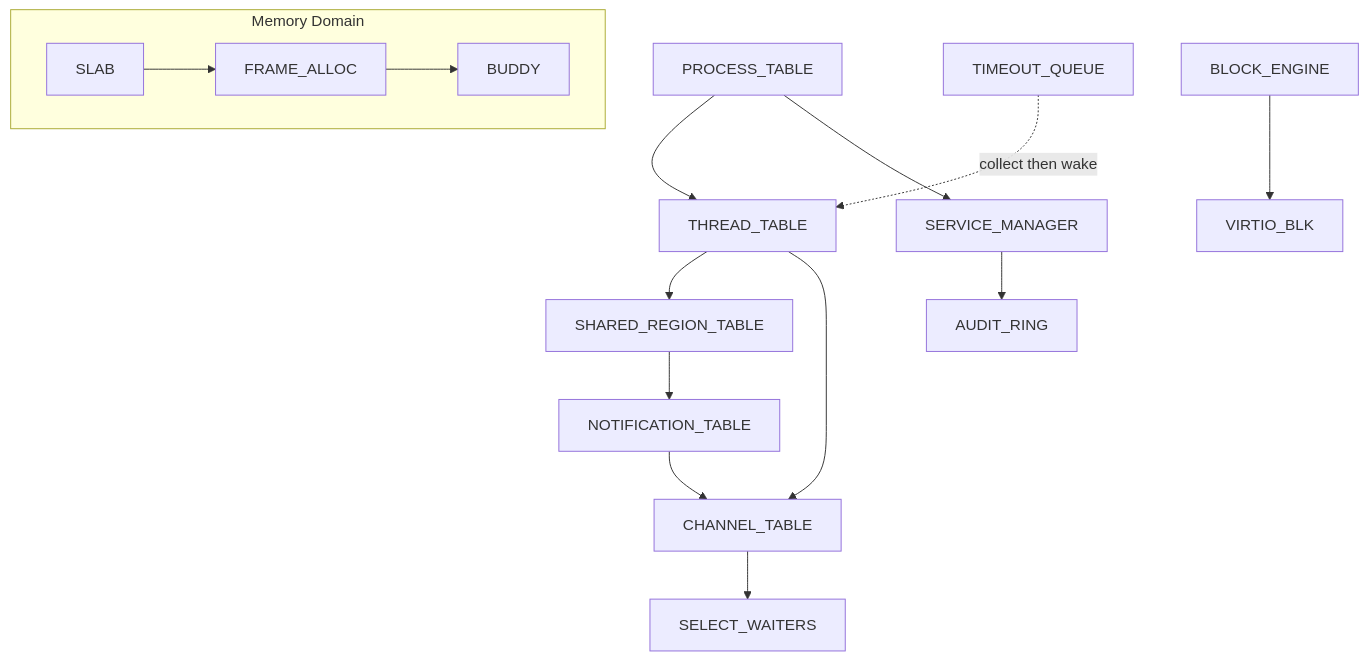
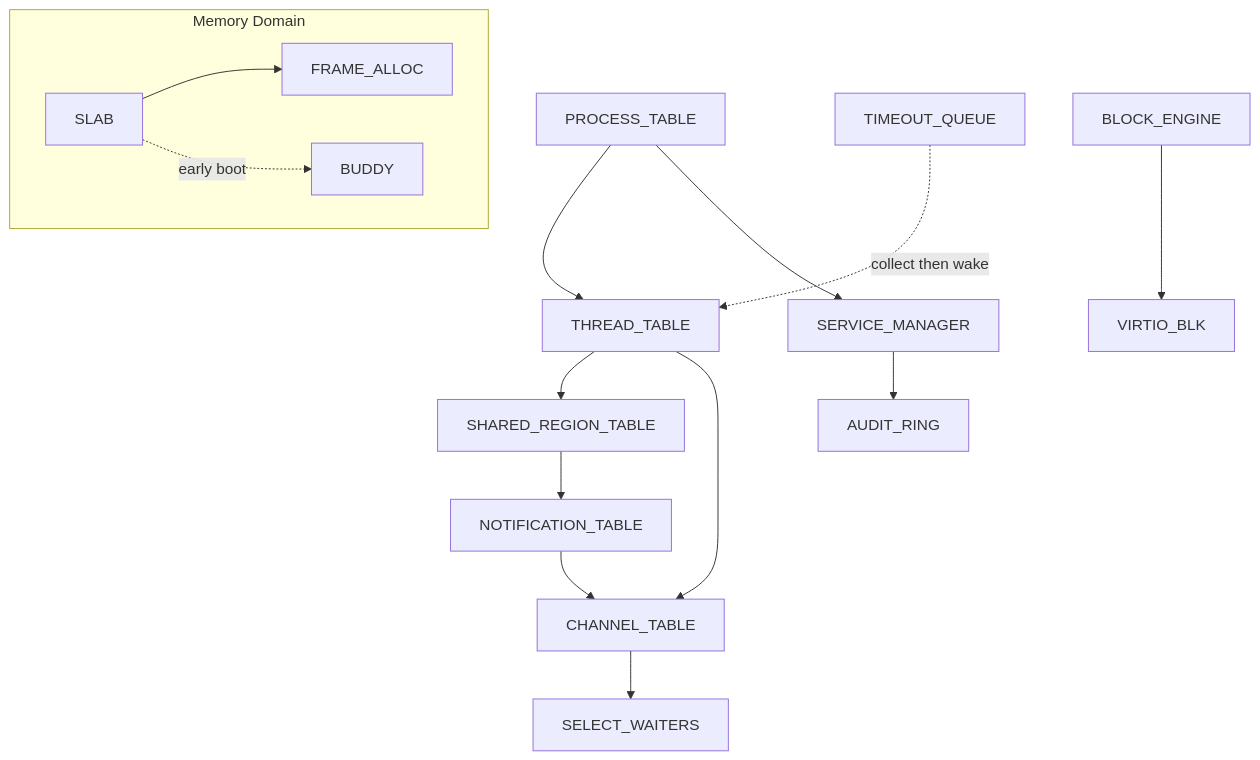
The diagram in docs/kernel/deadlock-prevention.md (juslee/aios), drawn with Mermaid before and after one commit. The commit also changed other lines of this file, not shown here.

````diff
--- a/docs/kernel/deadlock-prevention.md
+++ b/docs/kernel/deadlock-prevention.md
@@ -107,18 +107,18 @@
 ```mermaid
 graph TD
     PT[PROCESS_TABLE] --> TT[THREAD_TABLE]
     PT --> SM[SERVICE_MANAGER]
     TT --> SRT[SHARED_REGION_TABLE]
     TT --> CT[CHANNEL_TABLE]
     SRT --> NT[NOTIFICATION_TABLE]
     NT --> CT
     CT --> SW[SELECT_WAITERS]
     TQ[TIMEOUT_QUEUE] -.->|collect then wake| TT
     SM --> AR[AUDIT_RING]
     BE[BLOCK_ENGINE] --> VB[VIRTIO_BLK]
 
     subgraph Memory Domain
         SL[SLAB] --> FA[FRAME_ALLOC]
-        FA --> BU[BUDDY]
+        SL -.->|early boot| BU[BUDDY]
     end
 ```
````
